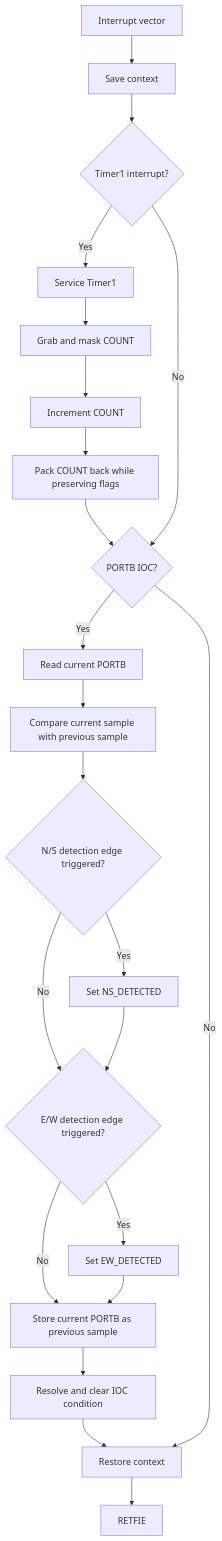
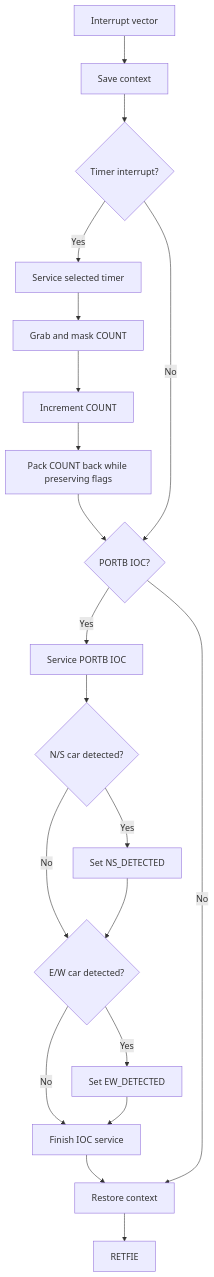
The first of 2 diagrams in LabAssignments/Lab06-Timers.md (rosstimo/RCET3375), drawn with Mermaid before and after one commit. The commit also changed other lines of this file, not shown here.

Commit message:
Generalize Lab 06 timer design and simplify IOC guidance

````diff
--- a/LabAssignments/Lab06-Timers.md
+++ b/LabAssignments/Lab06-Timers.md
@@ -757,25 +736,23 @@
 ```mermaid
 flowchart TD
     A[Interrupt vector] --> B[Save context]
-    B --> C{Timer1 interrupt?}
-    C -- Yes --> D[Service Timer1]
+    B --> C{Timer interrupt?}
+    C -- Yes --> D[Service selected timer]
     D --> E[Grab and mask COUNT]
     E --> F[Increment COUNT]
     F --> G[Pack COUNT back while preserving flags]
     G --> H{PORTB IOC?}
     C -- No --> H
 
-    H -- Yes --> I[Read current PORTB]
-    I --> J[Compare current sample with previous sample]
-    J --> K{N/S detection edge triggered?}
-    K -- Yes --> L[Set NS_DETECTED]
-    K -- No --> M{E/W detection edge triggered?}
-    L --> M
-    M -- Yes --> N[Set EW_DETECTED]
-    M -- No --> O[Store current PORTB as previous sample]
-    N --> O
-    O --> P[Resolve and clear IOC condition]
-    P --> Q[Restore context]
-    H -- No --> Q
-    Q --> R[RETFIE]
+    H -- Yes --> I[Service PORTB IOC]
+    I --> J{N/S car detected?}
+    J -- Yes --> K[Set NS_DETECTED]
+    J -- No --> L{E/W car detected?}
+    K --> L
+    L -- Yes --> M[Set EW_DETECTED]
+    L -- No --> N[Finish IOC service]
+    M --> N
+    N --> O[Restore context]
+    H -- No --> O
+    O --> P[RETFIE]
 ```
````
